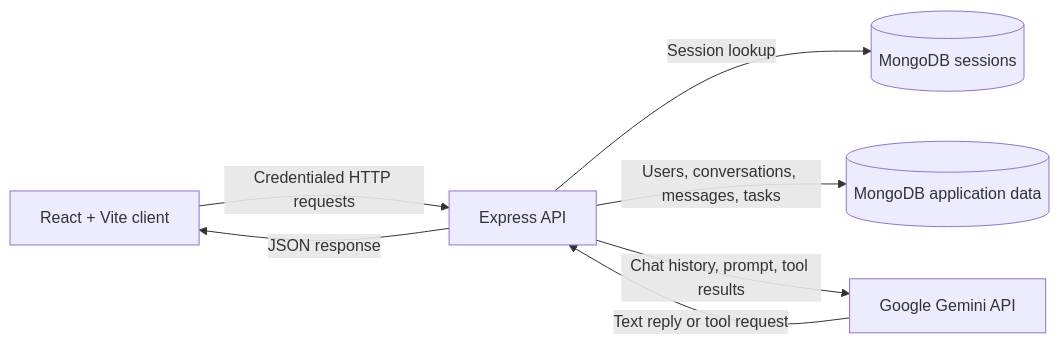
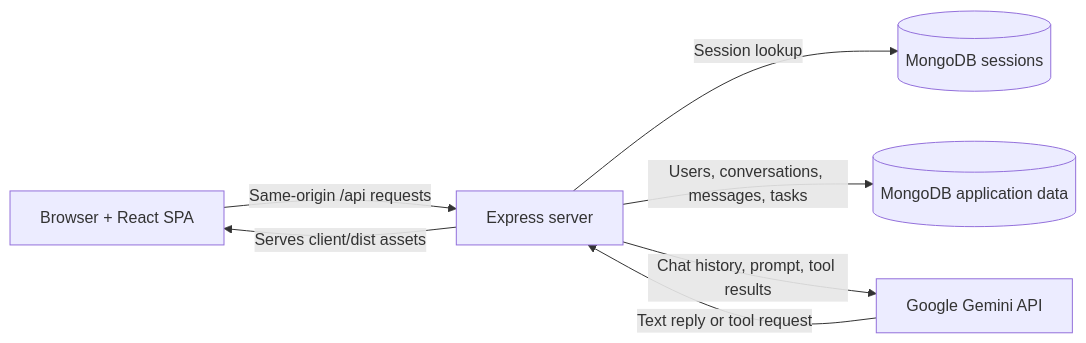
Before and after one commit to paraschettri7/ai-personal-assistant: the diagram in README.md, drawn with Mermaid. The commit also changed other lines of this file and 4 other files, not shown here.

Commit message:
Serve frontend and backend from same origin

````diff
--- a/README.md
+++ b/README.md
@@ -27,9 +27,9 @@
 ```mermaid
 flowchart LR
-    Browser[React + Vite client] -->|Credentialed HTTP requests| API[Express API]
-    API -->|Session lookup| Sessions[(MongoDB sessions)]
-    API -->|Users, conversations, messages, tasks| DB[(MongoDB application data)]
-    API -->|Chat history, prompt, tool results| Gemini[Google Gemini API]
-    Gemini -->|Text reply or tool request| API
-    API -->|JSON response| Browser
+    Browser[Browser + React SPA] -->|Same-origin /api requests| Express[Express server]
+    Express -->|Serves client/dist assets| Browser
+    Express -->|Session lookup| Sessions[(MongoDB sessions)]
+    Express -->|Users, conversations, messages, tasks| DB[(MongoDB application data)]
+    Express -->|Chat history, prompt, tool results| Gemini[Google Gemini API]
+    Gemini -->|Text reply or tool request| Express
 ```
````
